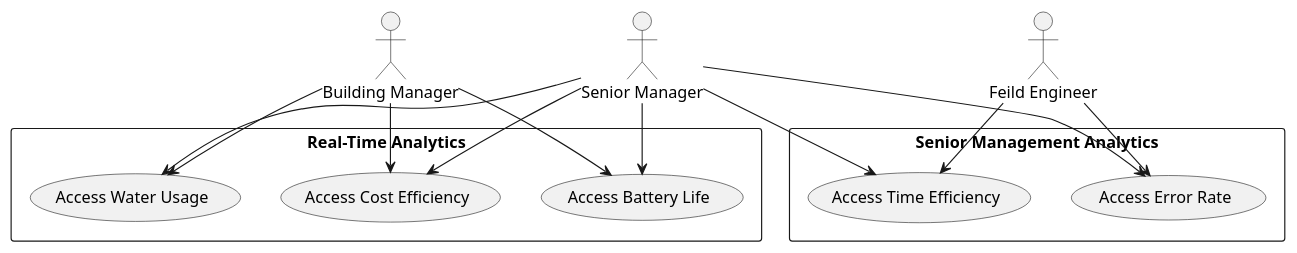
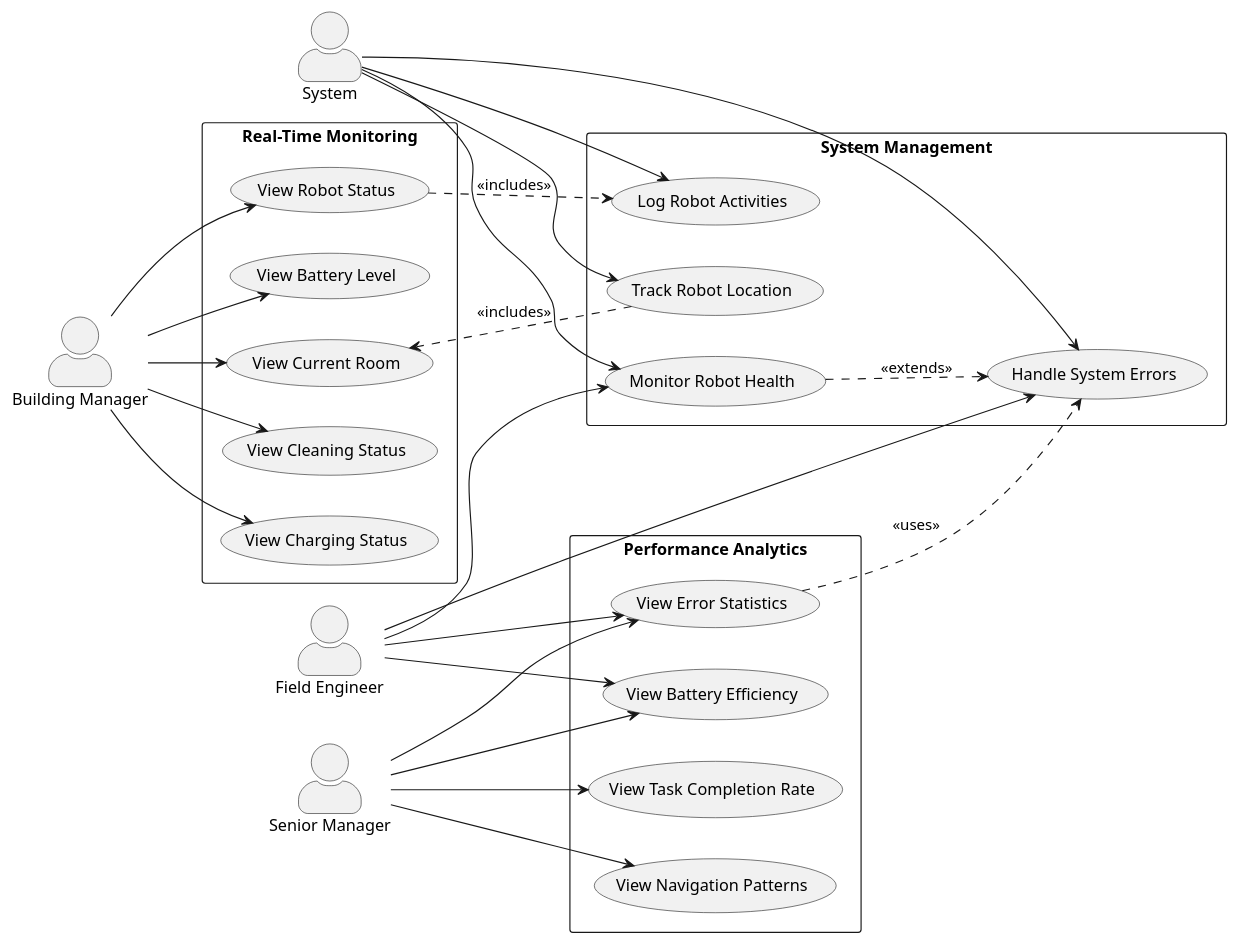
One commit to ur-swe-fa24/main-project-winners-inc changed the diagram in docs/design/UseCases/UseCase_RobotAnalytics.puml. Above: the diagram before and after it, drawn with PlantUML. The commit also changed 19 other files, not shown here.

First line of the commit message:
docs: Update UML diagrams

```diff
--- a/docs/design/UseCases/UseCase_RobotAnalytics.puml
+++ b/docs/design/UseCases/UseCase_RobotAnalytics.puml
@@ -1,27 +1,63 @@
 @startuml RobotAnalytics
+left to right direction
+skinparam actorStyle awesome
+
 actor "Senior Manager" as SM
 actor "Building Manager" as BM
-actor "Feild Engineer" as FE
+actor "Field Engineer" as FE
+actor "System" as SYS
 
-rectangle "Real-Time Analytics" {
-  usecase "Access Battery Life" as UC2
-  usecase "Access Cost Efficiency" as UC3
-  usecase "Access Water Usage" as UC5
+rectangle "Real-Time Monitoring" {
+    usecase "View Robot Status" as UC1
+    usecase "View Battery Level" as UC2
+    usecase "View Current Room" as UC3
+    usecase "View Cleaning Status" as UC4
+    usecase "View Charging Status" as UC5
 }
 
-rectangle "Senior Management Analytics" {
-  usecase "Access Error Rate" as UC1 
-  usecase "Access Time Efficiency" as UC4
+rectangle "Performance Analytics" {
+    usecase "View Task Completion Rate" as PA1
+    usecase "View Error Statistics" as PA2
+    usecase "View Battery Efficiency" as PA3
+    usecase "View Navigation Patterns" as PA4
 }
 
-SM --> UC1
-SM --> UC2
-SM --> UC3
-SM --> UC4
-SM --> UC5
+rectangle "System Management" {
+    usecase "Monitor Robot Health" as SM1
+    usecase "Handle System Errors" as SM2
+    usecase "Log Robot Activities" as SM3
+    usecase "Track Robot Location" as SM4
+}
+
+' Real-time monitoring access
+BM --> UC1
 BM --> UC2
 BM --> UC3
+BM --> UC4
 BM --> UC5
-FE --> UC1
-FE --> UC4
+
+' Performance analytics access
+SM --> PA1
+SM --> PA2
+SM --> PA3
+SM --> PA4
+
+' Field engineer access
+FE --> SM1
+FE --> SM2
+FE --> PA2
+FE --> PA3
+
+' System interactions
+SYS --> SM1
+SYS --> SM2
+SYS --> SM3
+SYS --> SM4
+
+' Relationships
+UC1 ..> SM3 : <<includes>>
+SM1 ..> SM2 : <<extends>>
+SM4 ..> UC3 : <<includes>>
+PA2 ..> SM2 : <<uses>>
+
 @enduml
```
